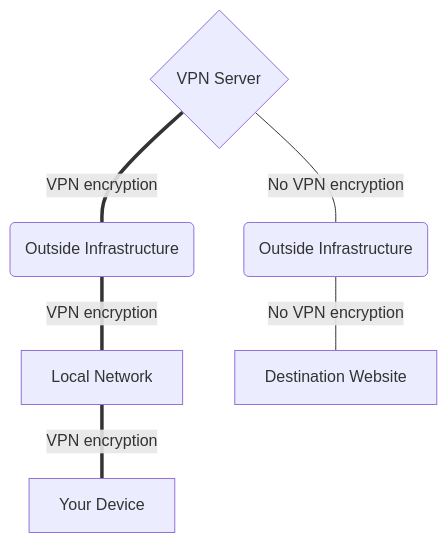
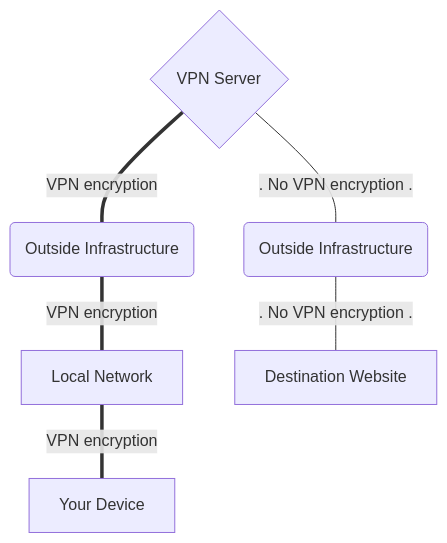
Before and after one commit to privacyguides/privacyguides.org: the diagram in docs/basics/vpn-overview.md, drawn with Mermaid.

Commit message:
change lines

````diff
--- a/docs/basics/vpn-overview.md
+++ b/docs/basics/vpn-overview.md
@@ -14,5 +14,5 @@
 ``` mermaid
 flowchart TD
     server== VPN encryption ===infra(Outside Infrastructure)== VPN encryption ===local[Local Network]== VPN encryption ===device[Your Device]
-    server{VPN Server}-- No VPN encryption ---infr(Outside Infrastructure)-- No VPN encryption ---site[Destination Website]
+    server{VPN Server}--. No VPN encryption .---infr(Outside Infrastructure)--. No VPN encryption .---site[Destination Website]
 ```
````
